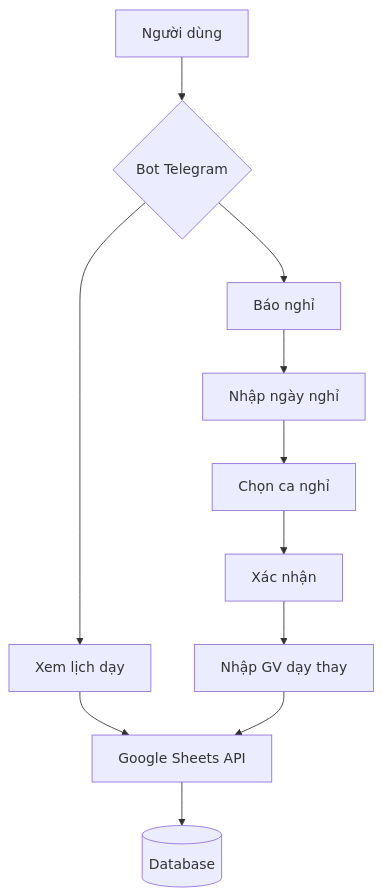
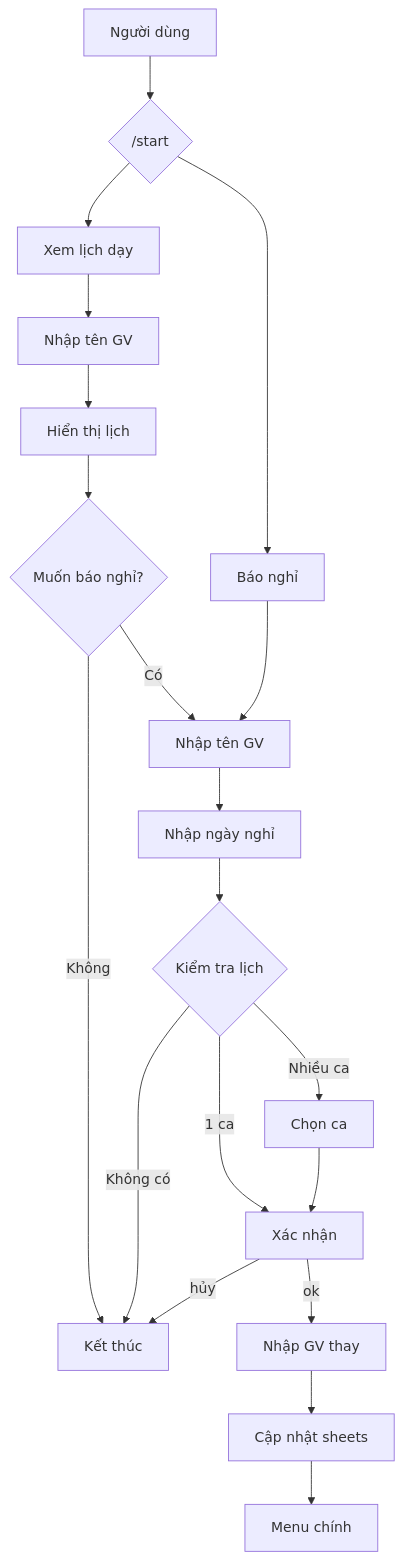
Before and after one commit to let-shyn-cook/TeacherBot-Assistant: the diagram in readme.md, drawn with Mermaid. The commit also changed other lines of this file and 7 other files, not shown here.

````diff
--- a/readme.md
+++ b/readme.md
@@ -77,13 +117,22 @@
 ```mermaid
 flowchart TD
-    A[Người dùng] --> B{Bot Telegram}
-    B --> C[Xem lịch dạy]
-    B --> D[Báo nghỉ]
-    C --> E[Google Sheets API]
-    D --> F[Nhập ngày nghỉ]
-    F --> G[Chọn ca nghỉ]
-    G --> H[Xác nhận]
-    H --> I[Nhập GV dạy thay]
-    I --> E
-    E --> J[(Database)]
+A[Người dùng] --> B{/start}
+B --> C[Xem lịch dạy]
+B --> D[Báo nghỉ]
+C --> C1[Nhập tên GV]
+C1 --> C2[Hiển thị lịch]
+C2 --> C3{Muốn báo nghỉ?}
+C3 -->|Có| E
+C3 -->|Không| Z[Kết thúc]
+D --> E[Nhập tên GV]
+E --> F[Nhập ngày nghỉ]
+F --> G{Kiểm tra lịch}
+G -->|Không có| Z
+G -->|1 ca| H[Xác nhận]
+G -->|Nhiều ca| I[Chọn ca]
+I --> H
+H -->|ok| J[Nhập GV thay]
+H -->|hủy| Z
+J --> K[Cập nhật sheets]
+K --> L[Menu chính]
 ```
````
